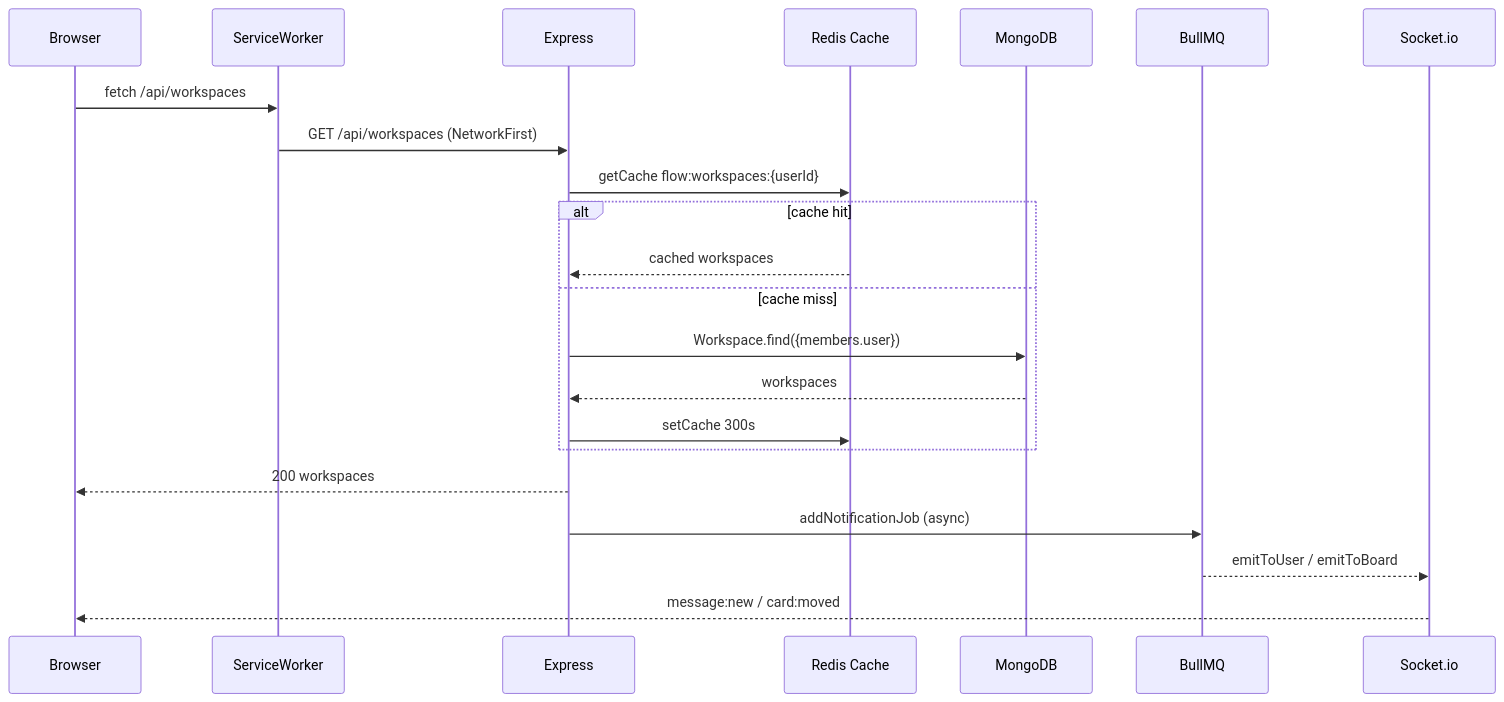
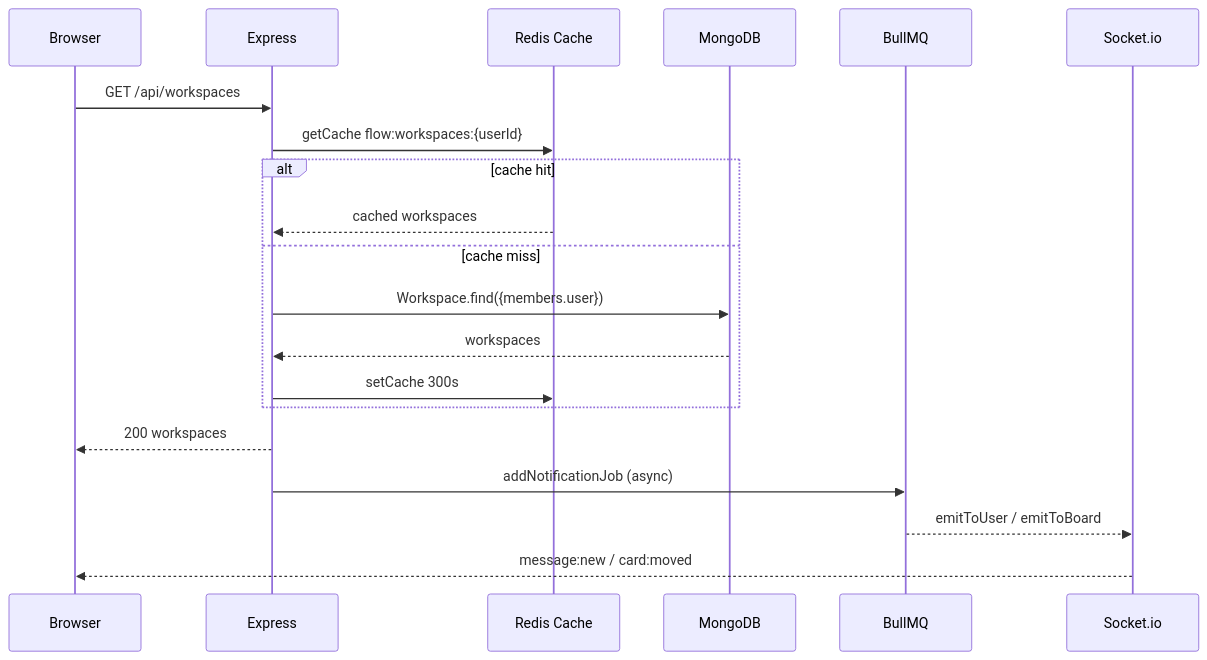
One commit to ayushdhiman7/flow changed the second of 4 diagrams in docs/architecture.md. Above: the diagram before and after it, drawn with Mermaid. The commit also changed other lines of this file and 5 other files, not shown here.

````diff
--- a/docs/architecture.md
+++ b/docs/architecture.md
@@ -59,25 +56,23 @@
 ```mermaid
 sequenceDiagram
     participant U as Browser
-    participant PWA as ServiceWorker
     participant API as Express
     participant Cache as Redis Cache
     participant DB as MongoDB
     participant Q as BullMQ
     participant S as Socket.io
 
-    U->>PWA: fetch /api/workspaces
-    PWA->>API: GET /api/workspaces (NetworkFirst)
+    U->>API: GET /api/workspaces
     API->>Cache: getCache flow:workspaces:{userId}
     alt cache hit
         Cache-->>API: cached workspaces
     else cache miss
         API->>DB: Workspace.find({members.user})
         DB-->>API: workspaces
         API->>Cache: setCache 300s
     end
     API-->>U: 200 workspaces
     API->>Q: addNotificationJob (async)
     Q-->>S: emitToUser / emitToBoard
     S-->>U: message:new / card:moved
 ```
````
